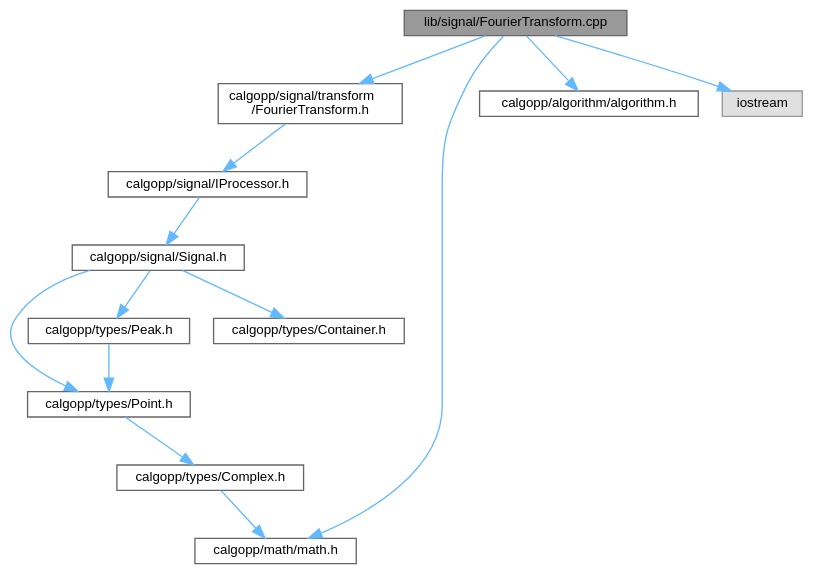
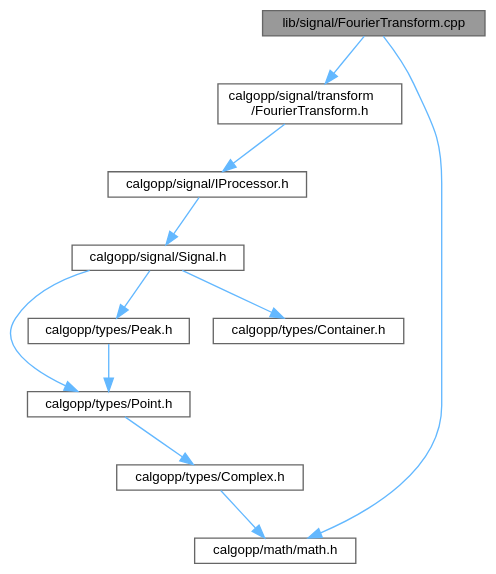
One commit to pawelekg95/algopp changed the diagram in FourierTransform_8cpp__incl.dot. Above: the diagram before and after it, drawn with Graphviz. The commit also changed 151 other files, not shown here.

```diff
--- a/FourierTransform_8cpp__incl.dot
+++ b/FourierTransform_8cpp__incl.dot
@@ -1,30 +1,26 @@
 digraph "lib/signal/FourierTransform.cpp"
 {
  // LATEX_PDF_SIZE
   bgcolor="transparent";
   edge [fontname=Helvetica,fontsize=10,labelfontname=Helvetica,labelfontsize=10];
   node [fontname=Helvetica,fontsize=10,shape=box,height=0.2,width=0.4];
   Node1 [label="lib/signal/FourierTransform.cpp",height=0.2,width=0.4,color="gray40", fillcolor="grey60", style="filled", fontcolor="black",tooltip=" "];
   Node1 -> Node2 [color="steelblue1",style="solid"];
   Node2 [label="calgopp/signal/transform\l/FourierTransform.h",height=0.2,width=0.4,color="grey40", fillcolor="white", style="filled",URL="$FourierTransform_8h.html",tooltip=" "];
   Node2 -> Node3 [color="steelblue1",style="solid"];
   Node3 [label="calgopp/signal/IProcessor.h",height=0.2,width=0.4,color="grey40", fillcolor="white", style="filled",URL="$IProcessor_8h.html",tooltip=" "];
   Node3 -> Node4 [color="steelblue1",style="solid"];
   Node4 [label="calgopp/signal/Signal.h",height=0.2,width=0.4,color="grey40", fillcolor="white", style="filled",URL="$Signal_8h.html",tooltip=" "];
   Node4 -> Node5 [color="steelblue1",style="solid"];
   Node5 [label="calgopp/types/Point.h",height=0.2,width=0.4,color="grey40", fillcolor="white", style="filled",URL="$Point_8h.html",tooltip=" "];
   Node5 -> Node6 [color="steelblue1",style="solid"];
   Node6 [label="calgopp/types/Complex.h",height=0.2,width=0.4,color="grey40", fillcolor="white", style="filled",URL="$Complex_8h.html",tooltip=" "];
   Node6 -> Node7 [color="steelblue1",style="solid"];
   Node7 [label="calgopp/math/math.h",height=0.2,width=0.4,color="grey40", fillcolor="white", style="filled",URL="$math_8h.html",tooltip=" "];
   Node4 -> Node8 [color="steelblue1",style="solid"];
   Node8 [label="calgopp/types/Peak.h",height=0.2,width=0.4,color="grey40", fillcolor="white", style="filled",URL="$Peak_8h.html",tooltip=" "];
   Node8 -> Node5 [color="steelblue1",style="solid"];
   Node4 -> Node9 [color="steelblue1",style="solid"];
   Node9 [label="calgopp/types/Container.h",height=0.2,width=0.4,color="grey40", fillcolor="white", style="filled",URL="$Container_8h.html",tooltip=" "];
-  Node1 -> Node10 [color="steelblue1",style="solid"];
-  Node10 [label="calgopp/algorithm/algorithm.h",height=0.2,width=0.4,color="grey40", fillcolor="white", style="filled",URL="$algorithm_8h.html",tooltip=" "];
   Node1 -> Node7 [color="steelblue1",style="solid"];
-  Node1 -> Node11 [color="steelblue1",style="solid"];
-  Node11 [label="iostream",height=0.2,width=0.4,color="grey60", fillcolor="#E0E0E0", style="filled",tooltip=" "];
 }
```
